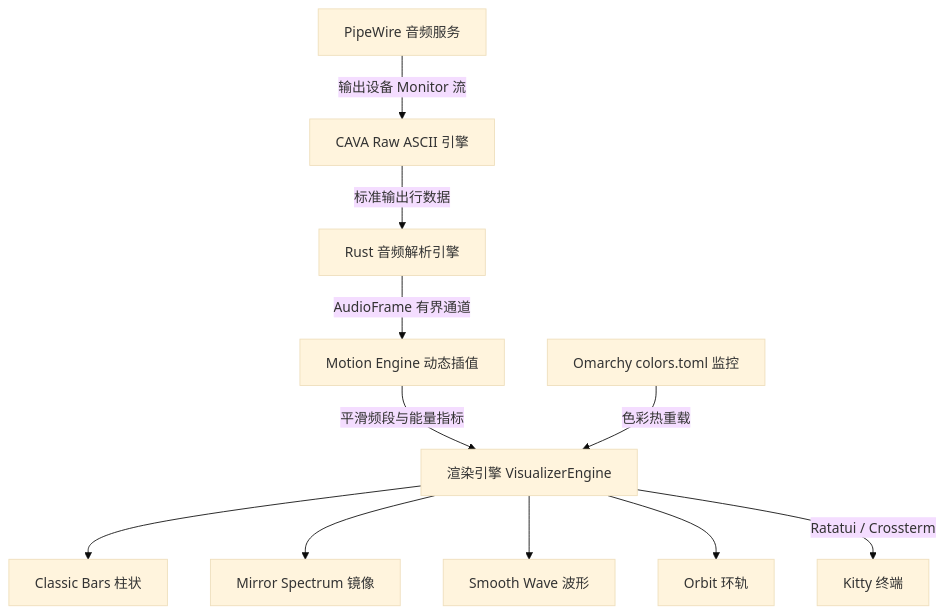
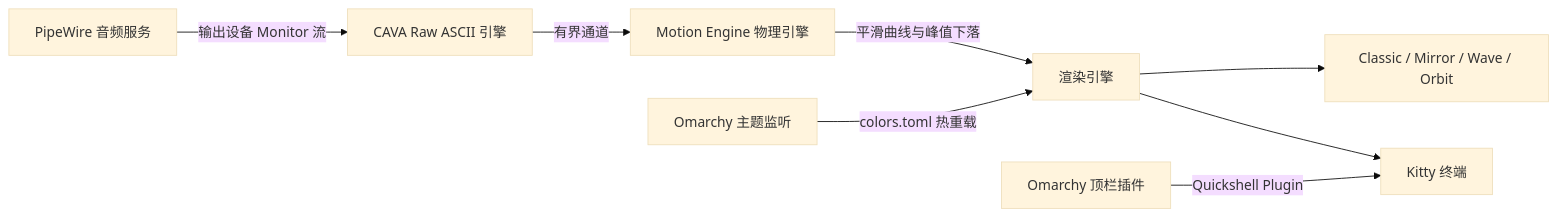
One commit to chivopic/chiviz changed the diagram in README_zh.md. Above: the diagram before and after it, drawn with Mermaid (base theme). The commit also changed other lines of this file and 7 other files, not shown here.

Commit message:
docs: add illustrated README, Omarchy plugin manifest, assets and license

````diff
--- a/README_zh.md
+++ b/README_zh.md
@@ -38,13 +101,10 @@
 ```mermaid
-graph TD
+flowchart LR
     A[PipeWire 音频服务] -->|输出设备 Monitor 流| B[CAVA Raw ASCII 引擎]
-    B -->|标准输出行数据| C[Rust 音频解析引擎]
-    C -->|AudioFrame 有界通道| D[Motion Engine 动态插值]
-    D -->|平滑频段与能量指标| E[渲染引擎 VisualizerEngine]
-    E --> F[Classic Bars 柱状]
-    E --> G[Mirror Spectrum 镜像]
-    E --> H[Smooth Wave 波形]
-    E --> I[Orbit 环轨]
-    J[Omarchy colors.toml 监控] -->|色彩热重载| E
-    E -->|Ratatui / Crossterm| K[Kitty 终端]
+    B -->|有界通道| C[Motion Engine 物理引擎]
+    C -->|平滑曲线与峰值下落| D[渲染引擎]
+    D --> E[Classic / Mirror / Wave / Orbit]
+    F[Omarchy 主题监听] -->|colors.toml 热重载| D
+    D --> G[Kitty 终端]
+    H[Omarchy 顶栏插件] -->|Quickshell Plugin| G
 ```
````
